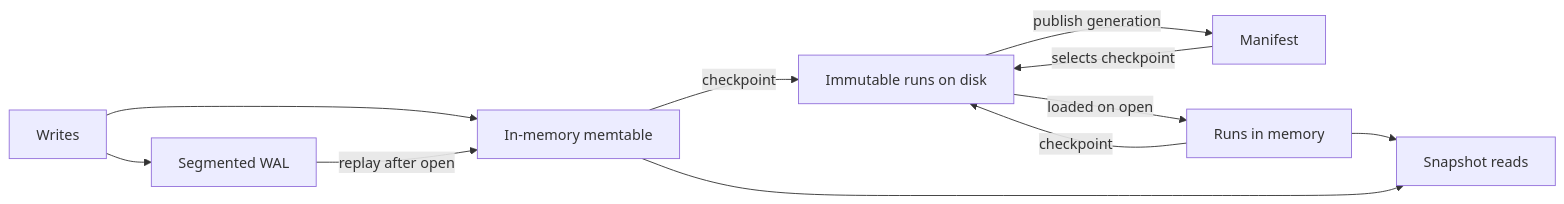
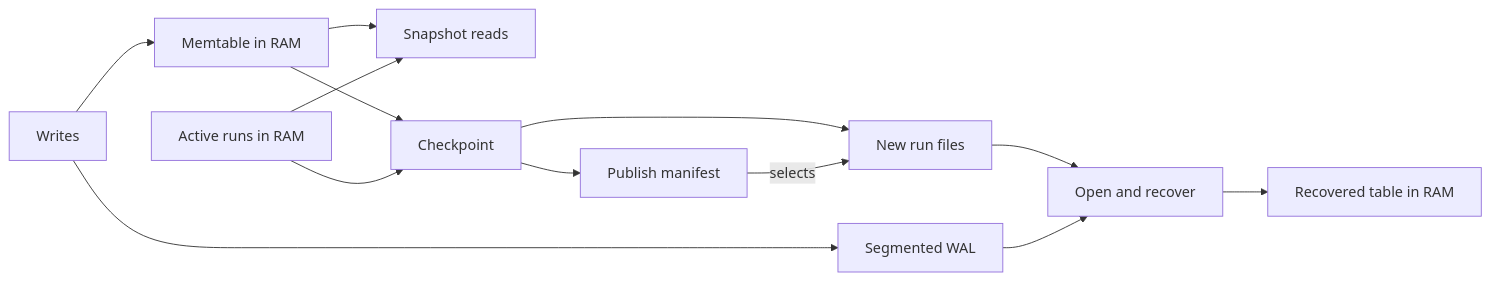
One commit to alvoki/alvoki-lean changed the diagram in README.md. Above: the diagram before and after it, drawn with Mermaid.

Commit message:
Clarify the README storage overview and API entry point

````diff
--- a/README.md
+++ b/README.md
@@ -9,13 +9,15 @@
 ```mermaid
 flowchart LR
     W[Writes] --> WAL[Segmented WAL]
-    W --> M[In-memory memtable]
-    M -->|checkpoint| R[Immutable runs on disk]
-    R -->|publish generation| P[Manifest]
-    P -->|selects checkpoint| R
-    R -->|loaded on open| RAM[Runs in memory]
-    RAM -->|checkpoint| R
-    WAL -->|replay after open| M
-    RAM --> Q[Snapshot reads]
-    M --> Q
+    W --> M[Memtable in RAM]
+    M --> Q[Snapshot reads]
+    R[Active runs in RAM] --> Q
+    M --> C[Checkpoint]
+    R --> C
+    C --> F[New run files]
+    C --> P[Publish manifest]
+    P -->|selects| F
+    F --> O[Open and recover]
+    WAL --> O
+    O --> T[Recovered table in RAM]
 ```
````
